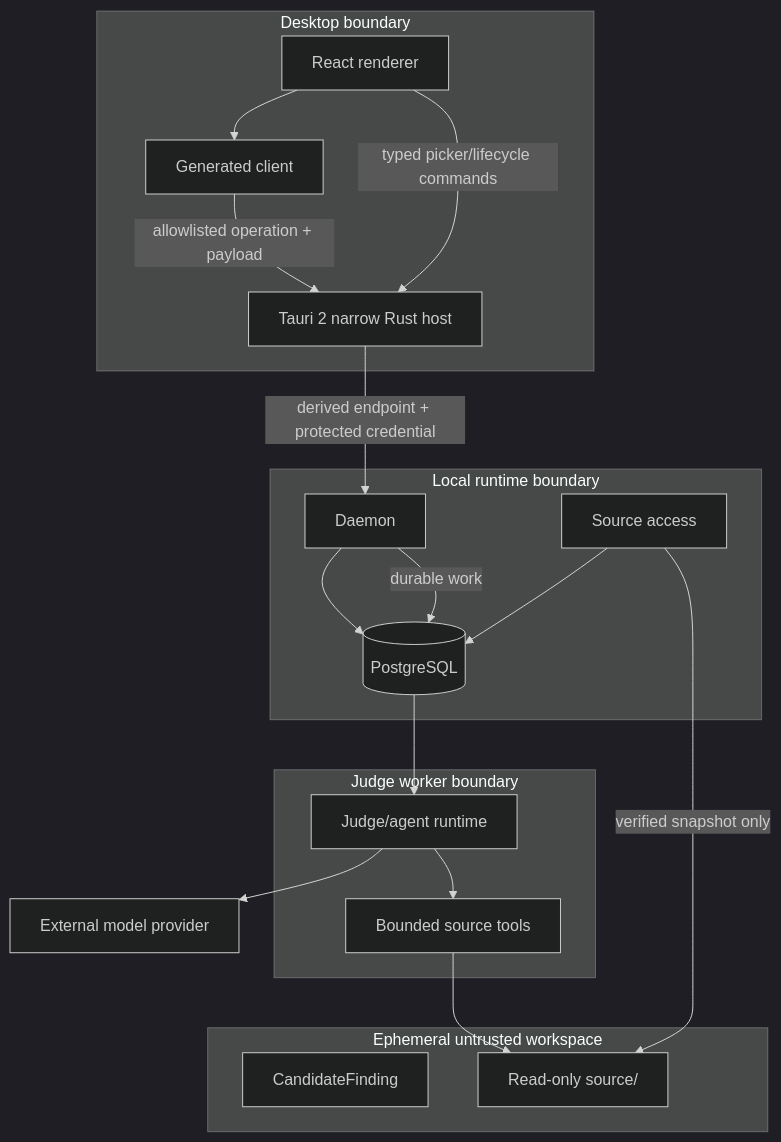
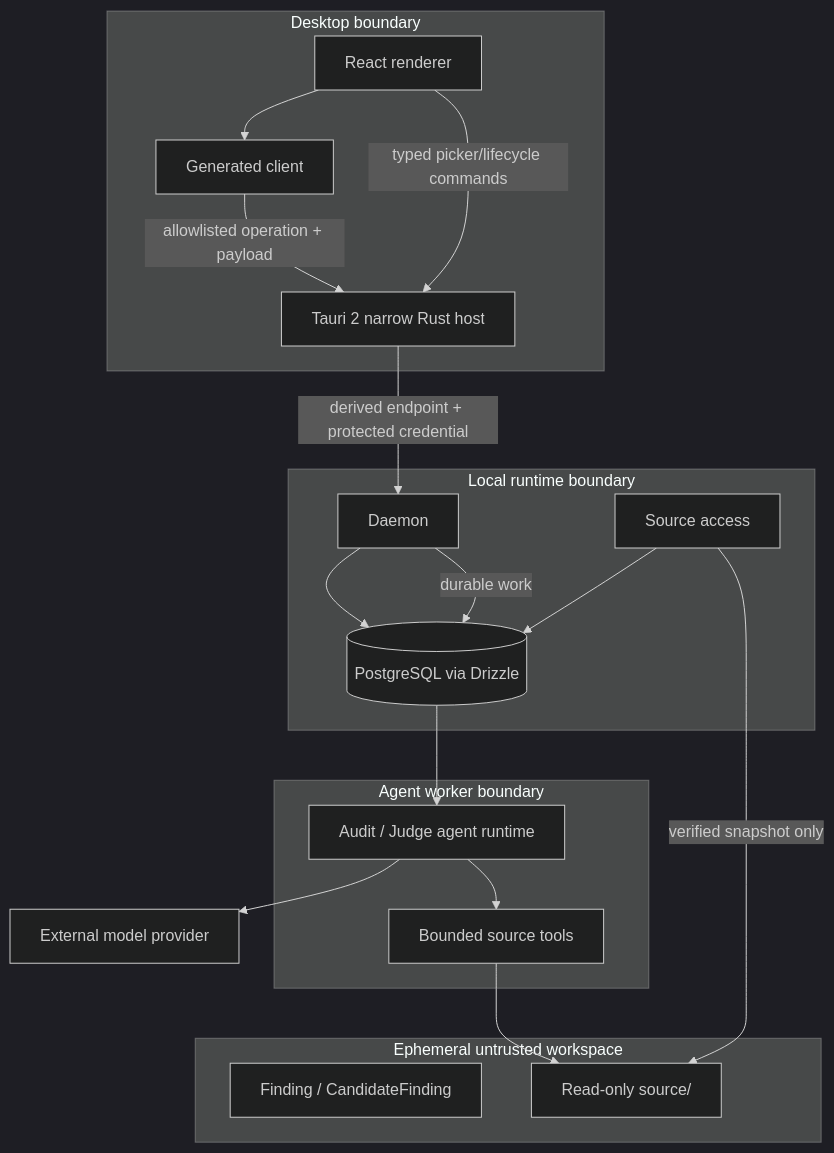
The third of 4 diagrams in blueprint/architecture/system-overview.md (DATN-K23/harness), drawn with Mermaid (dark theme) before and after one commit. The commit also changed other lines of this file and 4 other files, not shown here.

Commit message:
docs(blueprint): standardize core identity, tech stack, and architectural sequences

````diff
--- a/blueprint/architecture/system-overview.md
+++ b/blueprint/architecture/system-overview.md
@@ -138,32 +131,32 @@
 ```mermaid
 flowchart TB
   subgraph D[Desktop boundary]
     SHELL[Tauri 2 narrow Rust host]
     UI[React renderer]
     CLIENT[Generated client]
     UI --> CLIENT -->|allowlisted operation + payload| SHELL
     UI -->|typed picker/lifecycle commands| SHELL
   end
   subgraph L[Local runtime boundary]
     DAEMON[Daemon]
-    DB[(PostgreSQL)]
+    DB[(PostgreSQL via Drizzle)]
     REG[Source access]
     DAEMON --> DB
     REG --> DB
   end
-  subgraph W[Judge worker boundary]
-    ORCH[Judge/agent runtime]
+  subgraph W[Agent worker boundary]
+    ORCH[Audit / Judge agent runtime]
     TOOLS[Bounded source tools]
   end
   subgraph X[Ephemeral untrusted workspace]
-    FINDING[CandidateFinding]
+    FINDING[Finding / CandidateFinding]
     SRC[Read-only source/]
   end
   PROVIDER[External model provider]
   SHELL -->|derived endpoint + protected credential| DAEMON
   DAEMON -->|durable work| DB
   DB --> ORCH
   ORCH --> PROVIDER
   ORCH --> TOOLS --> SRC
   REG -->|verified snapshot only| SRC
 ```
````
